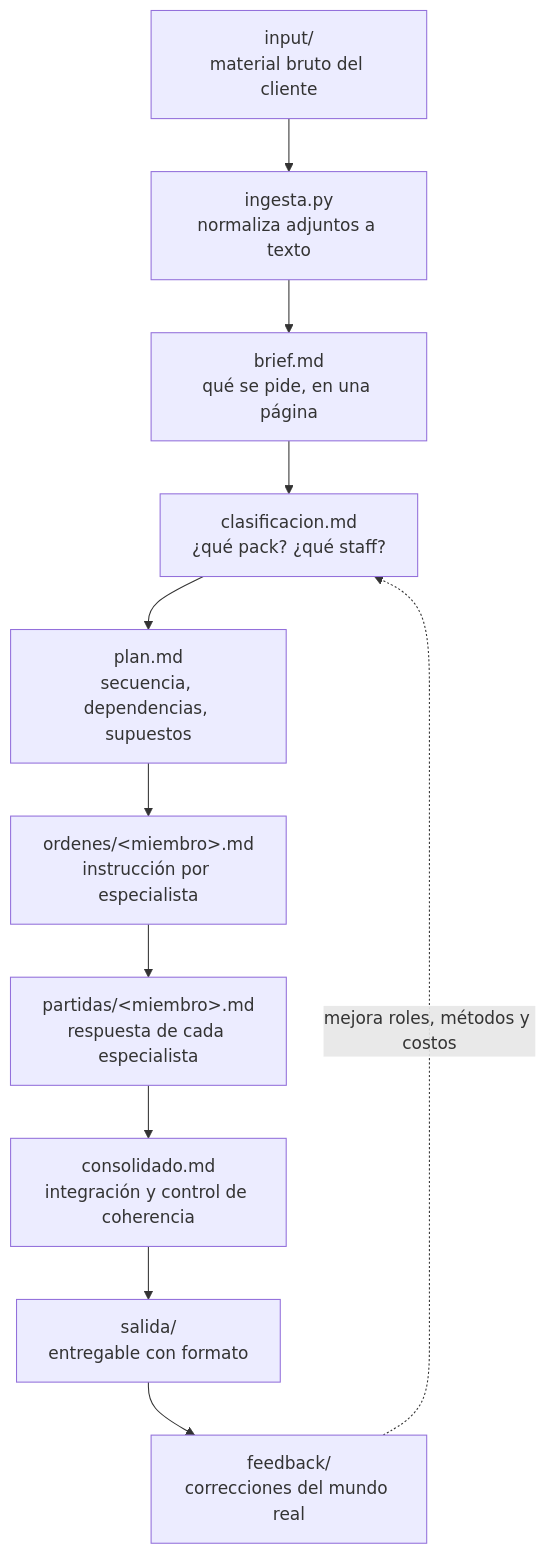
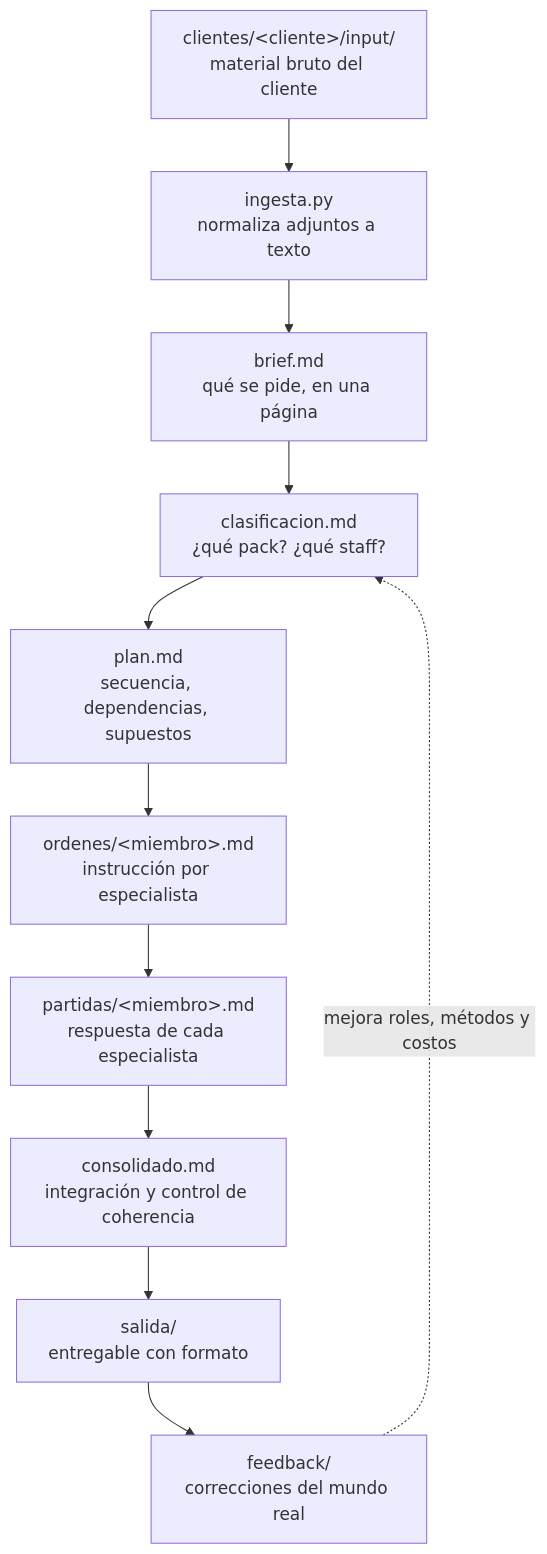
The diagram in README.md (IvanRenatoC/sistema-agentico-turubro), drawn with Mermaid before and after one commit. The commit also changed other lines of this file and 45 other files, not shown here.

First line of the commit message:
refactor: aislar trabajo por cliente en clientes/<cliente>/ con hook de aislamiento

````diff
--- a/README.md
+++ b/README.md
@@ -60,13 +61,13 @@
 ```mermaid
 flowchart TD
-    A["input/<br/>material bruto del cliente"] --> B["ingesta.py<br/>normaliza adjuntos a texto"]
+    A["clientes/&lt;cliente&gt;/input/<br/>material bruto del cliente"] --> B["ingesta.py<br/>normaliza adjuntos a texto"]
     B --> C["brief.md<br/>qué se pide, en una página"]
     C --> D["clasificacion.md<br/>¿qué pack? ¿qué staff?"]
     D --> E["plan.md<br/>secuencia, dependencias, supuestos"]
     E --> F["ordenes/&lt;miembro&gt;.md<br/>instrucción por especialista"]
     F --> G["partidas/&lt;miembro&gt;.md<br/>respuesta de cada especialista"]
     G --> H["consolidado.md<br/>integración y control de coherencia"]
     H --> I["salida/<br/>entregable con formato"]
     I --> J["feedback/<br/>correcciones del mundo real"]
     J -.->|mejora roles, métodos y costos| D
 ```
````
